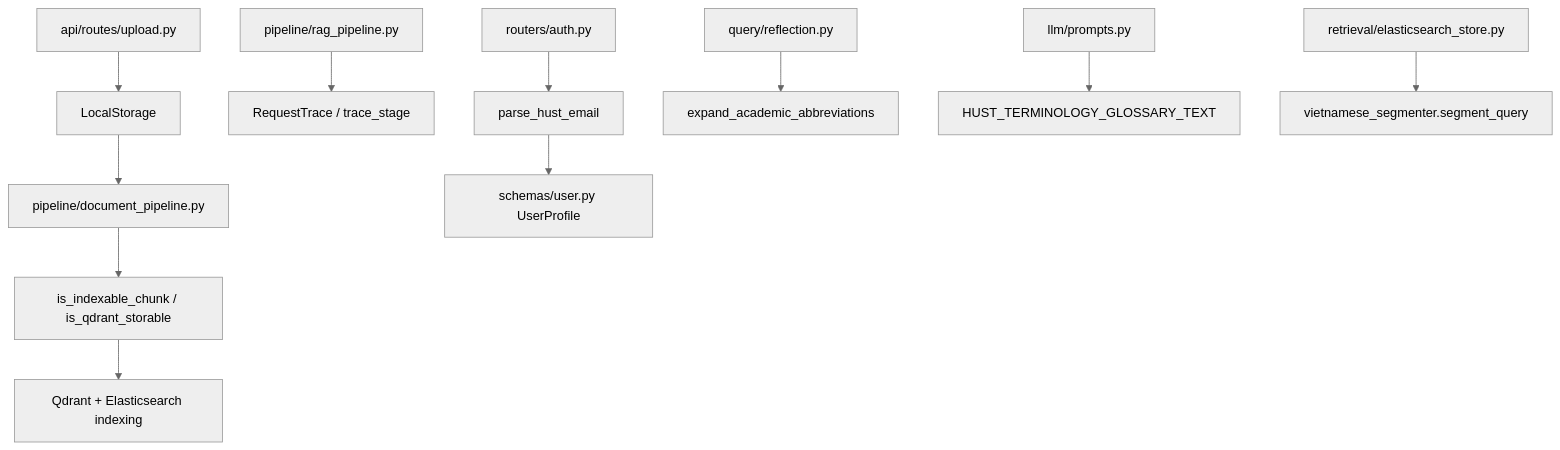
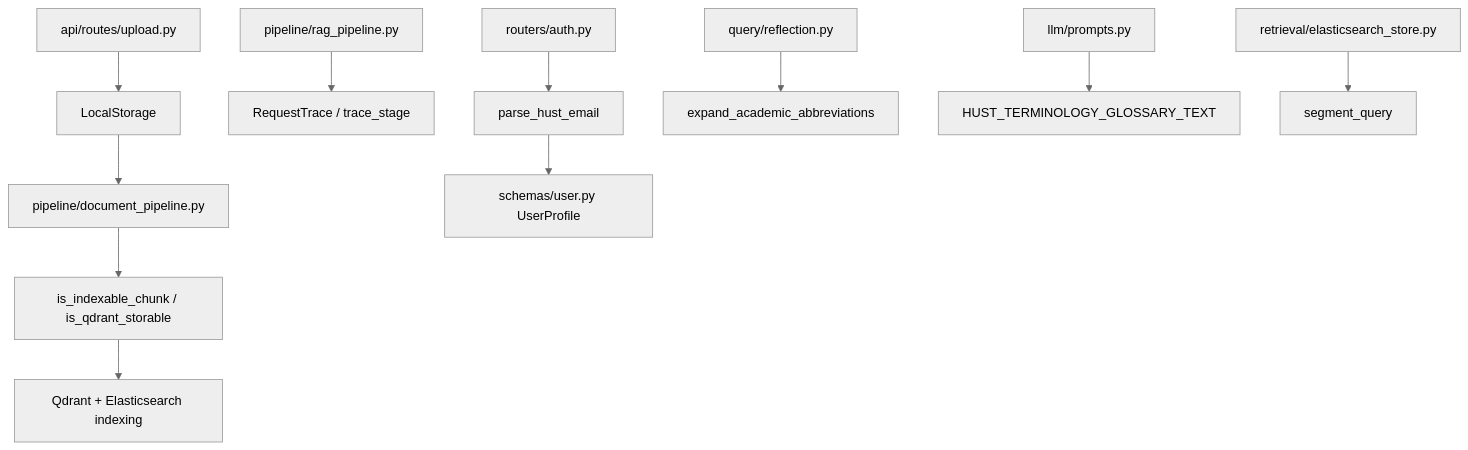
The diagram in src/RAG_v2/utils/MODULE.md (hoainam183/GR), drawn with Mermaid (neutral theme) before and after one commit. The commit also changed other lines of this file and 38 other files, not shown here.

````diff
--- a/src/RAG_v2/utils/MODULE.md
+++ b/src/RAG_v2/utils/MODULE.md
@@ -26,13 +28,13 @@
 ```mermaid
 flowchart TD
   UploadAPI["api/routes/upload.py"] --> Storage["LocalStorage"]
   Storage --> DocPipeline["pipeline/document_pipeline.py"]
   DocPipeline --> ChunkPolicy["is_indexable_chunk / is_qdrant_storable"]
   ChunkPolicy --> Indexing["Qdrant + Elasticsearch indexing"]
   ChatFlow["pipeline/rag_pipeline.py"] --> Trace["RequestTrace / trace_stage"]
   AuthAPI["routers/auth.py"] --> HustEmail["parse_hust_email"]
   HustEmail --> UserSchema["schemas/user.py UserProfile"]
   Reflection["query/reflection.py"] --> Terms["expand_academic_abbreviations"]
   Prompts["llm/prompts.py"] --> Glossary["HUST_TERMINOLOGY_GLOSSARY_TEXT"]
-  ESStore["retrieval/elasticsearch_store.py"] --> Segment["vietnamese_segmenter.segment_query"]
+  ESStore["retrieval/elasticsearch_store.py"] --> Segment["segment_query"]
 ```
````
